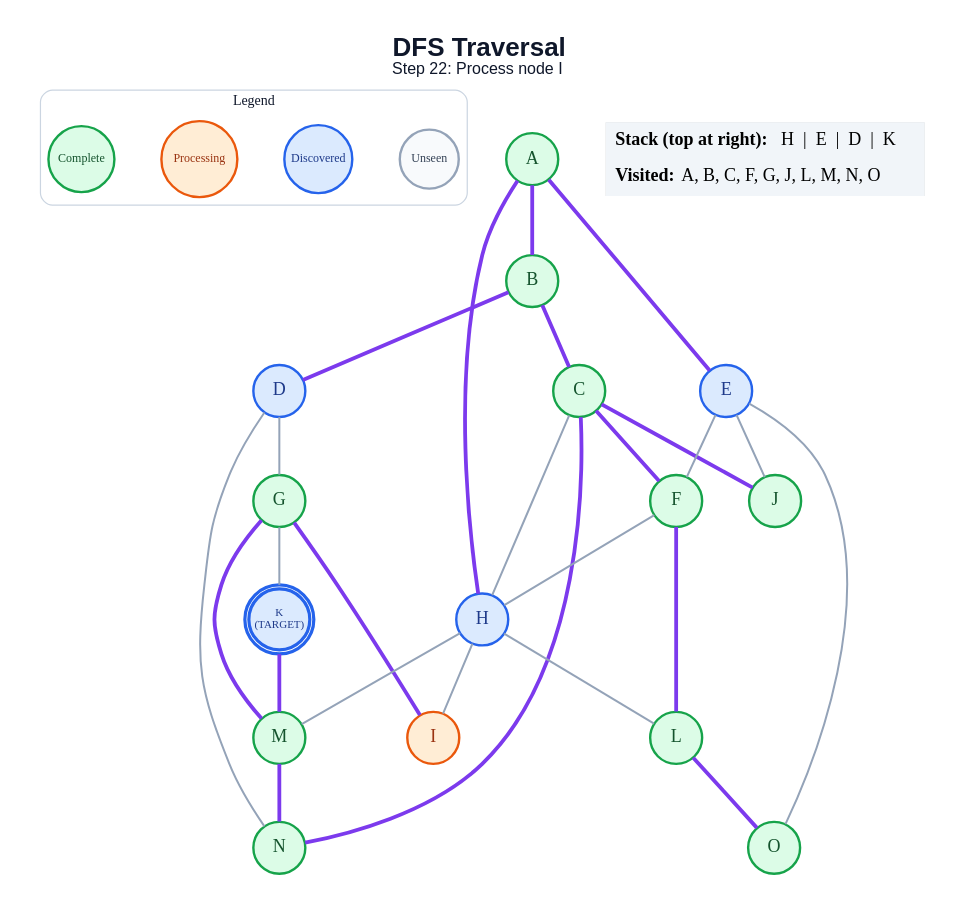
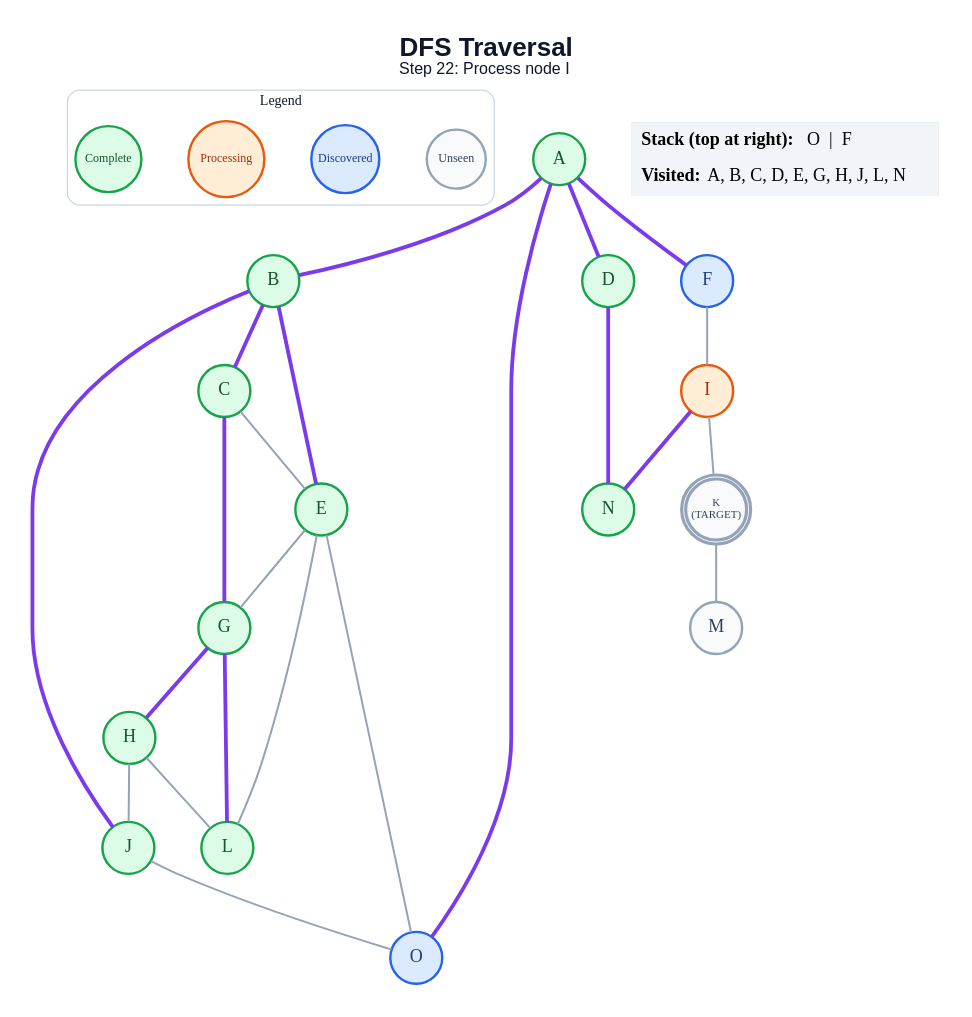
Before and after one commit to anon7238593-create/ai-slop: the diagram in generated/dfs/step_22.dot, drawn with Graphviz. The commit also changed 345 other files, not shown here.

```diff
--- a/generated/dfs/step_22.dot
+++ b/generated/dfs/step_22.dot
@@ -1,59 +1,56 @@
 graph traversal {
   graph [layout=dot, rankdir=TB, bgcolor="#FFFFFF", pad="0.35", nodesep="0.65", ranksep="0.8", fontname="Arial"];
   node [shape=circle, style="filled", fontname="Arial Bold", fontsize=18, width=0.72, fixedsize=true, penwidth=2.4];
   edge [color="#94A3B8", penwidth=2.0];
   label=<<B>DFS Traversal</B><BR/><FONT POINT-SIZE="16">Step 22: Process node I</FONT>>; labelloc="t"; fontsize=26; fontname="Arial"; fontcolor="#0F172A";
   subgraph cluster_legend { label="Legend"; color="#CBD5E1"; penwidth=1.2; style="rounded"; fontsize=14; fontname="Arial Bold";
     key_unseen [label="Unseen", fillcolor="#F8FAFC", color="#94A3B8", fontcolor="#334155", fontsize=12, width=0.82];
     key_frontier [label="Discovered", fillcolor="#DBEAFE", color="#2563EB", fontcolor="#1E3A8A", fontsize=12, width=0.95];
     key_current [label="Processing", fillcolor="#FFEDD5", color="#EA580C", fontcolor="#9A3412", fontsize=12, width=1.05];
     key_done [label="Complete", fillcolor="#DCFCE7", color="#16A34A", fontcolor="#14532D", fontsize=12, width=0.92];
     { rank=same; key_unseen; key_frontier; key_current; key_done; }
   }
   A [label="A", fillcolor="#DCFCE7", color="#16A34A", fontcolor="#14532D", peripheries=1, penwidth=2.4];
   B [label="B", fillcolor="#DCFCE7", color="#16A34A", fontcolor="#14532D", peripheries=1, penwidth=2.4];
   C [label="C", fillcolor="#DCFCE7", color="#16A34A", fontcolor="#14532D", peripheries=1, penwidth=2.4];
-  D [label="D", fillcolor="#DBEAFE", color="#2563EB", fontcolor="#1E3A8A", peripheries=1, penwidth=2.4];
-  E [label="E", fillcolor="#DBEAFE", color="#2563EB", fontcolor="#1E3A8A", peripheries=1, penwidth=2.4];
-  F [label="F", fillcolor="#DCFCE7", color="#16A34A", fontcolor="#14532D", peripheries=1, penwidth=2.4];
+  D [label="D", fillcolor="#DCFCE7", color="#16A34A", fontcolor="#14532D", peripheries=1, penwidth=2.4];
+  E [label="E", fillcolor="#DCFCE7", color="#16A34A", fontcolor="#14532D", peripheries=1, penwidth=2.4];
+  F [label="F", fillcolor="#DBEAFE", color="#2563EB", fontcolor="#1E3A8A", peripheries=1, penwidth=2.4];
   G [label="G", fillcolor="#DCFCE7", color="#16A34A", fontcolor="#14532D", peripheries=1, penwidth=2.4];
-  H [label="H", fillcolor="#DBEAFE", color="#2563EB", fontcolor="#1E3A8A", peripheries=1, penwidth=2.4];
+  H [label="H", fillcolor="#DCFCE7", color="#16A34A", fontcolor="#14532D", peripheries=1, penwidth=2.4];
   I [label="I", fillcolor="#FFEDD5", color="#EA580C", fontcolor="#9A3412", peripheries=1, penwidth=2.4];
   J [label="J", fillcolor="#DCFCE7", color="#16A34A", fontcolor="#14532D", peripheries=1, penwidth=2.4];
-  K [label="K\n(TARGET)", fillcolor="#DBEAFE", color="#2563EB", fontcolor="#1E3A8A", peripheries=2, penwidth=3.2, fontsize=11, width=0.85, height=0.85];
+  K [label="K\n(TARGET)", fillcolor="#F8FAFC", color="#94A3B8", fontcolor="#334155", peripheries=2, penwidth=3.2, fontsize=11, width=0.85, height=0.85];
   L [label="L", fillcolor="#DCFCE7", color="#16A34A", fontcolor="#14532D", peripheries=1, penwidth=2.4];
-  M [label="M", fillcolor="#DCFCE7", color="#16A34A", fontcolor="#14532D", peripheries=1, penwidth=2.4];
+  M [label="M", fillcolor="#F8FAFC", color="#94A3B8", fontcolor="#334155", peripheries=1, penwidth=2.4];
   N [label="N", fillcolor="#DCFCE7", color="#16A34A", fontcolor="#14532D", peripheries=1, penwidth=2.4];
-  O [label="O", fillcolor="#DCFCE7", color="#16A34A", fontcolor="#14532D", peripheries=1, penwidth=2.4];
+  O [label="O", fillcolor="#DBEAFE", color="#2563EB", fontcolor="#1E3A8A", peripheries=1, penwidth=2.4];
   A -- B [color="#7C3AED", penwidth=3.8];
-  A -- E [color="#7C3AED", penwidth=3.8];
-  A -- H [color="#7C3AED", penwidth=3.8];
+  A -- D [color="#7C3AED", penwidth=3.8];
+  A -- F [color="#7C3AED", penwidth=3.8];
+  A -- O [color="#7C3AED", penwidth=3.8];
   B -- C [color="#7C3AED", penwidth=3.8];
-  B -- D [color="#7C3AED", penwidth=3.8];
-  C -- F [color="#7C3AED", penwidth=3.8];
-  C -- H;
-  C -- J [color="#7C3AED", penwidth=3.8];
-  C -- N [color="#7C3AED", penwidth=3.8];
-  D -- G;
-  D -- N;
-  E -- F;
-  E -- J;
+  B -- E [color="#7C3AED", penwidth=3.8];
+  B -- J [color="#7C3AED", penwidth=3.8];
+  C -- E;
+  C -- G [color="#7C3AED", penwidth=3.8];
+  D -- N [color="#7C3AED", penwidth=3.8];
+  E -- G;
+  E -- L;
   E -- O;
-  F -- H;
-  F -- L [color="#7C3AED", penwidth=3.8];
-  G -- I [color="#7C3AED", penwidth=3.8];
-  G -- K;
-  G -- M [color="#7C3AED", penwidth=3.8];
-  H -- I;
+  F -- I;
+  G -- H [color="#7C3AED", penwidth=3.8];
+  G -- L [color="#7C3AED", penwidth=3.8];
+  H -- J;
   H -- L;
-  H -- M;
-  K -- M [color="#7C3AED", penwidth=3.8];
-  L -- O [color="#7C3AED", penwidth=3.8];
-  M -- N [color="#7C3AED", penwidth=3.8];
+  I -- K;
+  I -- N [color="#7C3AED", penwidth=3.8];
+  J -- O;
+  K -- M;
   status [shape=plain, fixedsize=false, width=0, height=0, margin=0, label=<
     <TABLE BORDER="0" CELLBORDER="0" CELLPADDING="7" BGCOLOR="#F1F5F9">
-      <TR><TD ALIGN="LEFT"><B>Stack (top at right):</B> H  |  E  |  D  |  K</TD></TR>
-      <TR><TD ALIGN="LEFT"><B>Visited:</B> A, B, C, F, G, J, L, M, N, O</TD></TR>
+      <TR><TD ALIGN="LEFT"><B>Stack (top at right):</B> O  |  F</TD></TR>
+      <TR><TD ALIGN="LEFT"><B>Visited:</B> A, B, C, D, E, G, H, J, L, N</TD></TR>
     </TABLE>
   >];
 }
```
